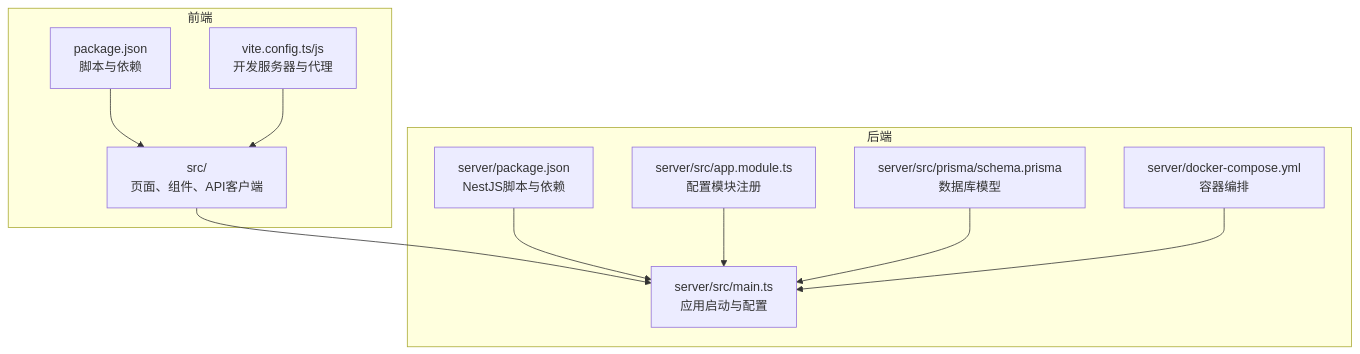
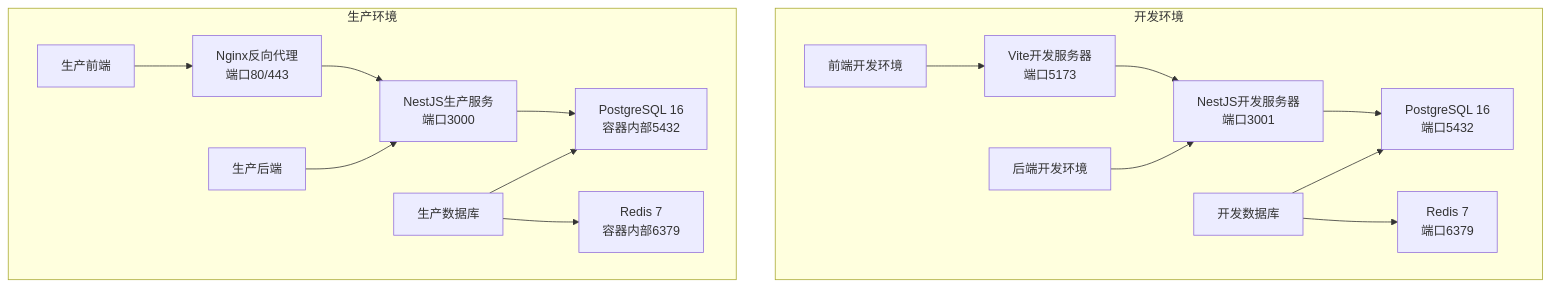
The second of 7 diagrams in .qoder/repowiki/zh/content/快速开始.md (LouisFantansy/Budget_Mgt_Enterprise), drawn with Mermaid before and after one commit. The commit also changed other lines of this file and 10 other files, not shown here.

````diff
--- a/.qoder/repowiki/zh/content/快速开始.md
+++ b/.qoder/repowiki/zh/content/快速开始.md
@@ -48,22 +234,19 @@
 ```mermaid
 graph TB
-subgraph "前端"
-FE_PKG["package.json<br/>脚本与依赖"]
-VITE_CFG["vite.config.ts/js<br/>开发服务器与代理"]
-SRC["src/<br/>页面、组件、API客户端"]
+subgraph "开发环境"
+DEV_FE["前端开发环境"] --> VITE_DEV["Vite开发服务器<br/>端口5173"]
+DEV_BE["后端开发环境"] --> NEST_DEV["NestJS开发服务器<br/>端口3001"]
+DEV_DB["开发数据库"] --> POSTGRES_DEV["PostgreSQL 16<br/>端口5432"]
+DEV_DB --> REDIS_DEV["Redis 7<br/>端口6379"]
 end
-subgraph "后端"
-BE_PKG["server/package.json<br/>NestJS脚本与依赖"]
-MAIN_TS["server/src/main.ts<br/>应用启动与配置"]
-APP_MODULE["server/src/app.module.ts<br/>配置模块注册"]
-PRISMA["server/src/prisma/schema.prisma<br/>数据库模型"]
-DOCKER["server/docker-compose.yml<br/>容器编排"]
+subgraph "生产环境"
+PROD_FE["生产前端"] --> NGINX["Nginx反向代理<br/>端口80/443"]
+PROD_BE["生产后端"] --> NEST_PROD["NestJS生产服务<br/>端口3000"]
+PROD_DB["生产数据库"] --> POSTGRES_PROD["PostgreSQL 16<br/>容器内部5432"]
+PROD_DB --> REDIS_PROD["Redis 7<br/>容器内部6379"]
 end
-FE_PKG --> SRC
-VITE_CFG --> SRC
-SRC --> MAIN_TS
-BE_PKG --> MAIN_TS
-APP_MODULE --> MAIN_TS
-PRISMA --> MAIN_TS
-DOCKER --> MAIN_TS
+VITE_DEV --> NEST_DEV
+NGINX --> NEST_PROD
+NEST_DEV --> POSTGRES_DEV
+NEST_PROD --> POSTGRES_PROD
 ```
````
